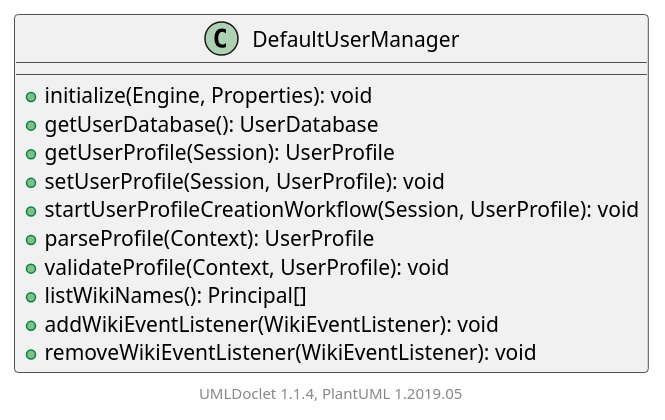
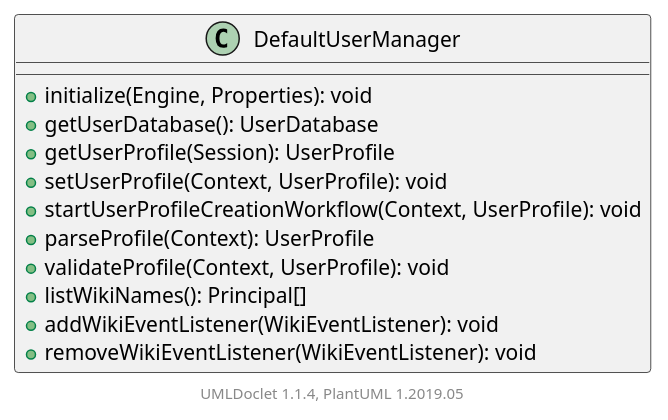
Before and after one commit to apache/jspwiki-site: the diagram in apidocs/2.11.0.M8-SNAPSHOT/org/apache/wiki/auth/DefaultUserManager.puml, drawn with PlantUML. The commit also changed 1878 other files, not shown here.

```diff
--- a/apidocs/2.11.0.M8-SNAPSHOT/org/apache/wiki/auth/DefaultUserManager.puml
+++ b/apidocs/2.11.0.M8-SNAPSHOT/org/apache/wiki/auth/DefaultUserManager.puml
@@ -1,18 +1,18 @@
 @startuml
 
     class DefaultUserManager [[DefaultUserManager.html]] {
         +initialize(Engine, Properties): void
         +getUserDatabase(): UserDatabase
         +getUserProfile(Session): UserProfile
-        +setUserProfile(Session, UserProfile): void
-        +startUserProfileCreationWorkflow(Session, UserProfile): void
+        +setUserProfile(Context, UserProfile): void
+        +startUserProfileCreationWorkflow(Context, UserProfile): void
         +parseProfile(Context): UserProfile
         +validateProfile(Context, UserProfile): void
         +listWikiNames(): Principal[]
         +addWikiEventListener(WikiEventListener): void
         +removeWikiEventListener(WikiEventListener): void
     }
 
 
     center footer UMLDoclet 1.1.4, PlantUML 1.2019.05
 @enduml
```
